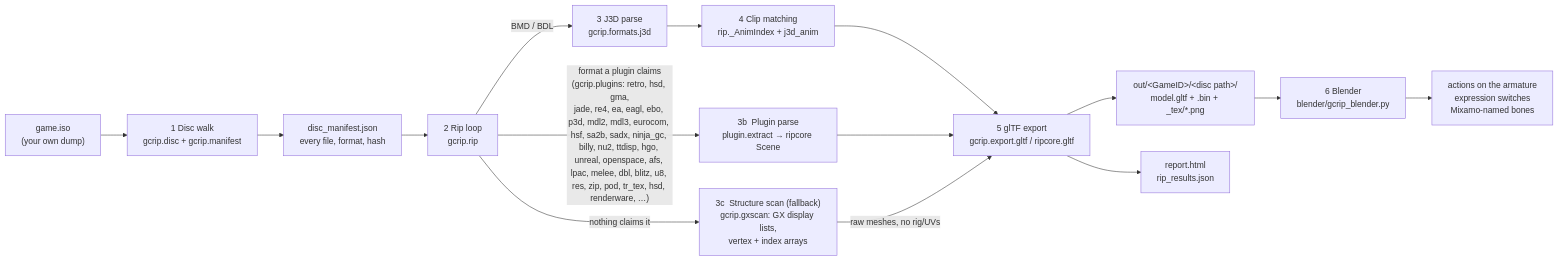
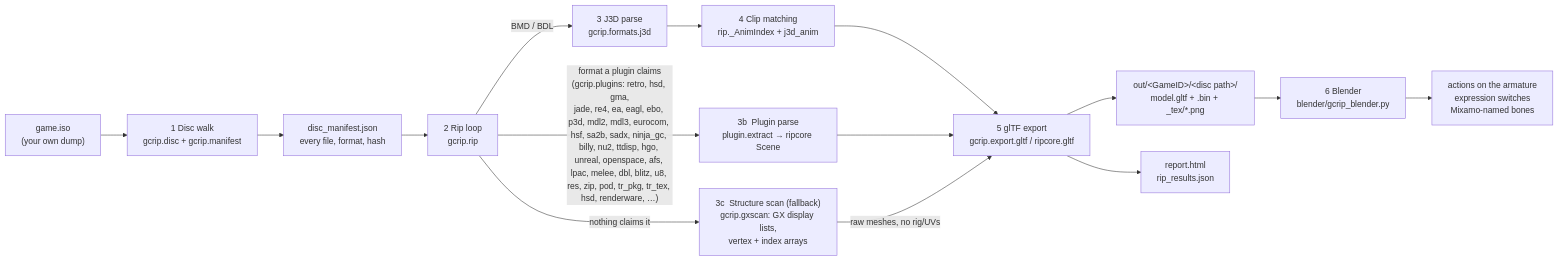
The first of 9 diagrams in docs/PIPELINE.md (Felbs/3d-ripper-9000), drawn with Mermaid before and after one commit. The commit also changed other lines of this file and 6 other files, not shown here.

First line of the commit message:
gcrip tr_pkg: Terminal Reality .PKG packages (BloodRayne, Blowout, RoadKill)

````diff
--- a/docs/PIPELINE.md
+++ b/docs/PIPELINE.md
@@ -11,17 +11,17 @@
 ```mermaid
 flowchart LR
     ISO["game.iso<br/>(your own dump)"] --> WALK["1  Disc walk<br/>gcrip.disc + gcrip.manifest"]
     WALK --> MAN["disc_manifest.json<br/>every file, format, hash"]
     MAN --> RIP["2  Rip loop<br/>gcrip.rip"]
     RIP -->|"BMD / BDL"| J3D["3  J3D parse<br/>gcrip.formats.j3d"]
-    RIP -->|"format a plugin claims<br/>(gcrip.plugins: retro, hsd, gma,<br/>jade, re4, ea, eagl, ebo, p3d, mdl2, mdl3, eurocom, hsf, sa2b, sadx, ninja_gc, billy, nu2, ttdisp, hgo, unreal, openspace, afs, lpac, melee, dbl, blitz, u8, res, zip, pod, tr_tex, hsd, renderware, …)"| PLUG["3b  Plugin parse<br/>plugin.extract → ripcore Scene"]
+    RIP -->|"format a plugin claims<br/>(gcrip.plugins: retro, hsd, gma,<br/>jade, re4, ea, eagl, ebo, p3d, mdl2, mdl3, eurocom, hsf, sa2b, sadx, ninja_gc, billy, nu2, ttdisp, hgo, unreal, openspace, afs, lpac, melee, dbl, blitz, u8, res, zip, pod, tr_pkg, tr_tex, hsd, renderware, …)"| PLUG["3b  Plugin parse<br/>plugin.extract → ripcore Scene"]
     RIP -->|"nothing claims it"| GX["3c  Structure scan (fallback)<br/>gcrip.gxscan: GX display lists,<br/>vertex + index arrays"]
     J3D --> ANIM["4  Clip matching<br/>rip._AnimIndex + j3d_anim"]
     ANIM --> GLTF["5  glTF export<br/>gcrip.export.gltf / ripcore.gltf"]
     PLUG --> GLTF
     GX -->|"raw meshes, no rig/UVs"| GLTF
     GLTF --> OUT["out/&lt;GameID&gt;/&lt;disc path&gt;/<br/>model.gltf + .bin + _tex/*.png"]
     GLTF --> REP["report.html<br/>rip_results.json"]
     OUT --> BL["6  Blender<br/>blender/gcrip_blender.py"]
     BL --> PLAY["actions on the armature<br/>expression switches<br/>Mixamo-named bones"]
 ```
````
